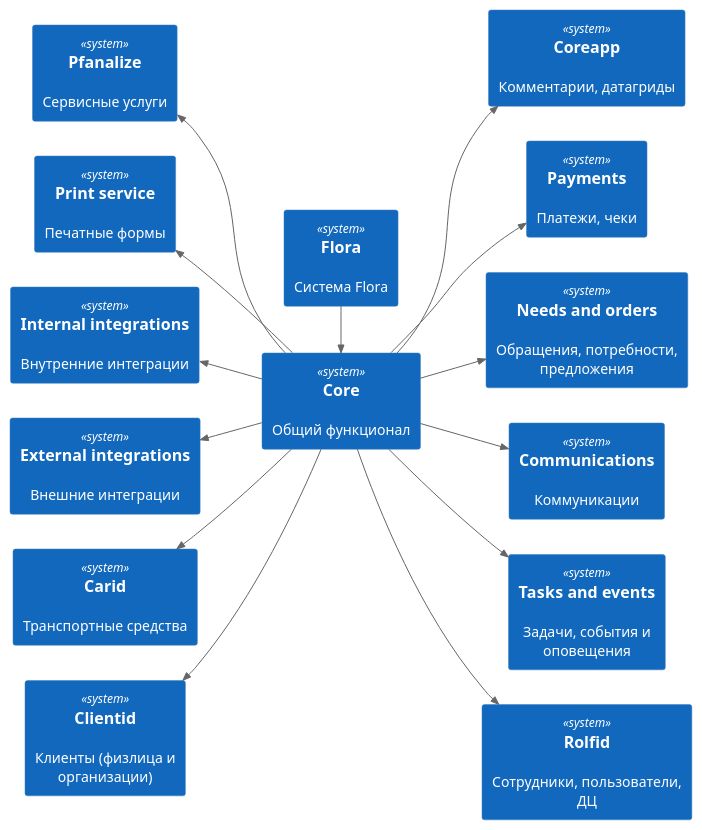
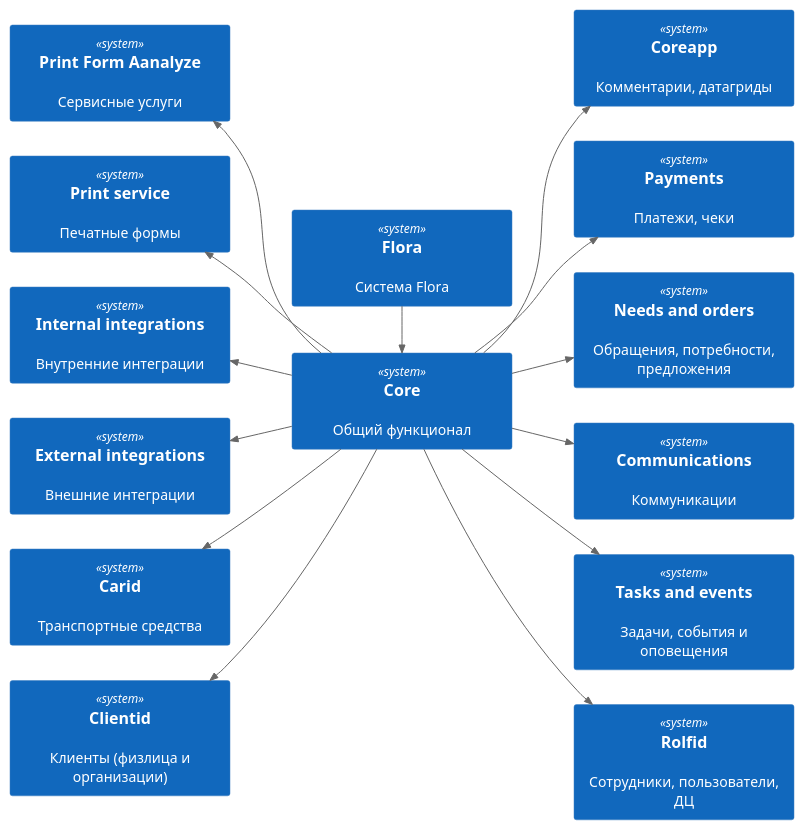
The diagram in static/05_01_img/core.puml (lulya31/some), drawn with PlantUML before and after one commit. The commit also changed 103 other files, not shown here.

```diff
--- a/static/05_01_img/core.puml
+++ b/static/05_01_img/core.puml
@@ -4,61 +4,56 @@
 @startuml
 
 '!include https://raw.githubusercontent.com/plantuml-stdlib/C4-PlantUML/master/C4_Context.puml
 
 ' uncomment the following line and comment the first to use locally
 ' !include C4_Context.puml
 
 !include static/includes/c4_context.puml
 !include static/includes/c4_container.puml
 
 left to right direction
 
 'skinparam svgLinkTarget _blank
 skinparam backgroundcolor transparent
-
-<style>
-System {
-    MinimumWidth 300
-    MinimumHeight 150
-}
-</style>
+'skinparam linetype polyline
+skinparam minClassWidth 200
 
 'LAYOUT_TOP_DOWN()
 'LAYOUT_AS_SKETCH()
 'LAYOUT_WITH_LEGEND()
 'LAYOUT_LANDSCAPE()
 
 System(flora, "Flora", "Система Flora", $link="/05_c4/")
 
 System(core, "Core", "Общий функционал")
 'Container(mobile_app, "Mobile App", "C#, Xamarin", "Provides a limited subset of the Internet banking functionality to customers via their mobile device")
 
 System(coreapp, "Coreapp", "Комментарии, датагриды", $link="/05_c4/01_core/01_coreapp/")
 System(payments, "Payments", "Платежи, чеки", $link="/05_c4/01_core/02_payments/")
 System(needs_and_orders, "Needs and orders", "Обращения, потребности, предложения", $link="/05_c4/01_core/03_needs_and_orders/")
-System(communications, "Communications", "Коммуникации", $link="/")
-System(tasks_and_events, "Tasks and events", "Задачи, события и оповещения", $link="/")
-System(rolfid, "Rolfid", "Сотрудники, пользователи, ДЦ", $link="/")
-System(clientid, "Clientid", "Клиенты (физлица и организации)", $link="/")
-System(carid, "Carid", "Транспортные средства", $link="/")
-System(external_integrations, "External integrations", "Внешние интеграции", $link="/")
-System(internal_integrations, "Internal integrations", "Внутренние интеграции", $link="/")
-System(printservice, "Print service", "Печатные формы", $link="/")
-System(pfanalize, "Pfanalize", "Сервисные услуги", $link="/")
+System(communications, "Communications", "Коммуникации", $link="/05_c4/01_core/04_communications/")
+System(tasks_and_events, "Tasks and events", "Задачи, события и оповещения", $link="/05_c4/01_core/05_tasks_and_events/")
+System(rolfid, "Rolfid", "Сотрудники, пользователи, ДЦ", $link="/05_c4/01_core/06_rolfid/")
+System(clientid, "Clientid", "Клиенты (физлица и организации)", $link="/05_c4/01_core/07_clientid/")
+System(carid, "Carid", "Транспортные средства", $link="/05_c4/01_core/08_carid/")
+System(external_integrations, "External integrations", "Внешние интеграции", $link="/05_c4/01_core/09_external_integrations/")
+System(internal_integrations, "Internal integrations", "Внутренние интеграции", $link="/05_c4/01_core/10_internal_integrations/")
+System(printservice, "Print service", "Печатные формы", $link="/05_c4/01_core/11_printservice/")
+System(pfanalize, "Print Form Aanalyze", "Сервисные услуги", $link="/05_c4/01_core/12_pfanalyze/")
 
 Rel_R(flora, core, "")
 
 Rel_D(core, coreapp, "")
 Rel_D(core, payments, "")
 Rel_D(core, needs_and_orders, "")
 Rel_D(core, communications, "")
 Rel_D(core, tasks_and_events, "")
 Rel_D(core, rolfid, "")
 Rel_U(core, clientid, "")
 Rel_U(core, carid, "")
 Rel_U(core, external_integrations, "")
 Rel_U(core, internal_integrations, "")
 Rel_U(core, printservice, "")
 Rel_U(core, pfanalize, "")
 
 @enduml
```
